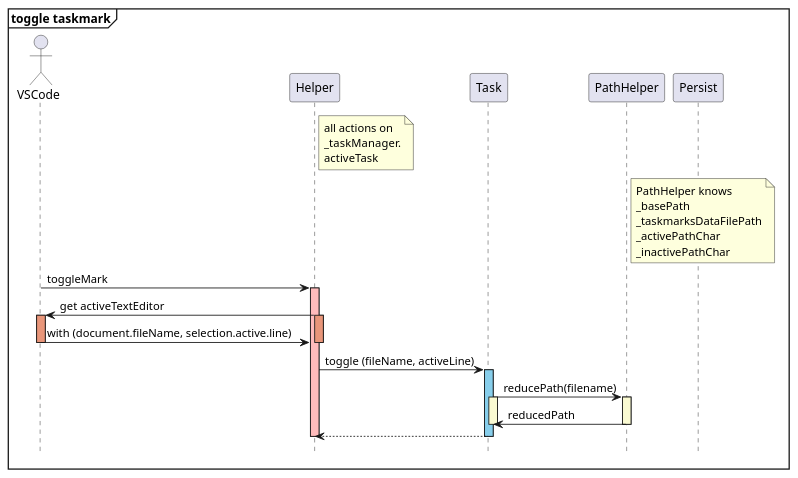
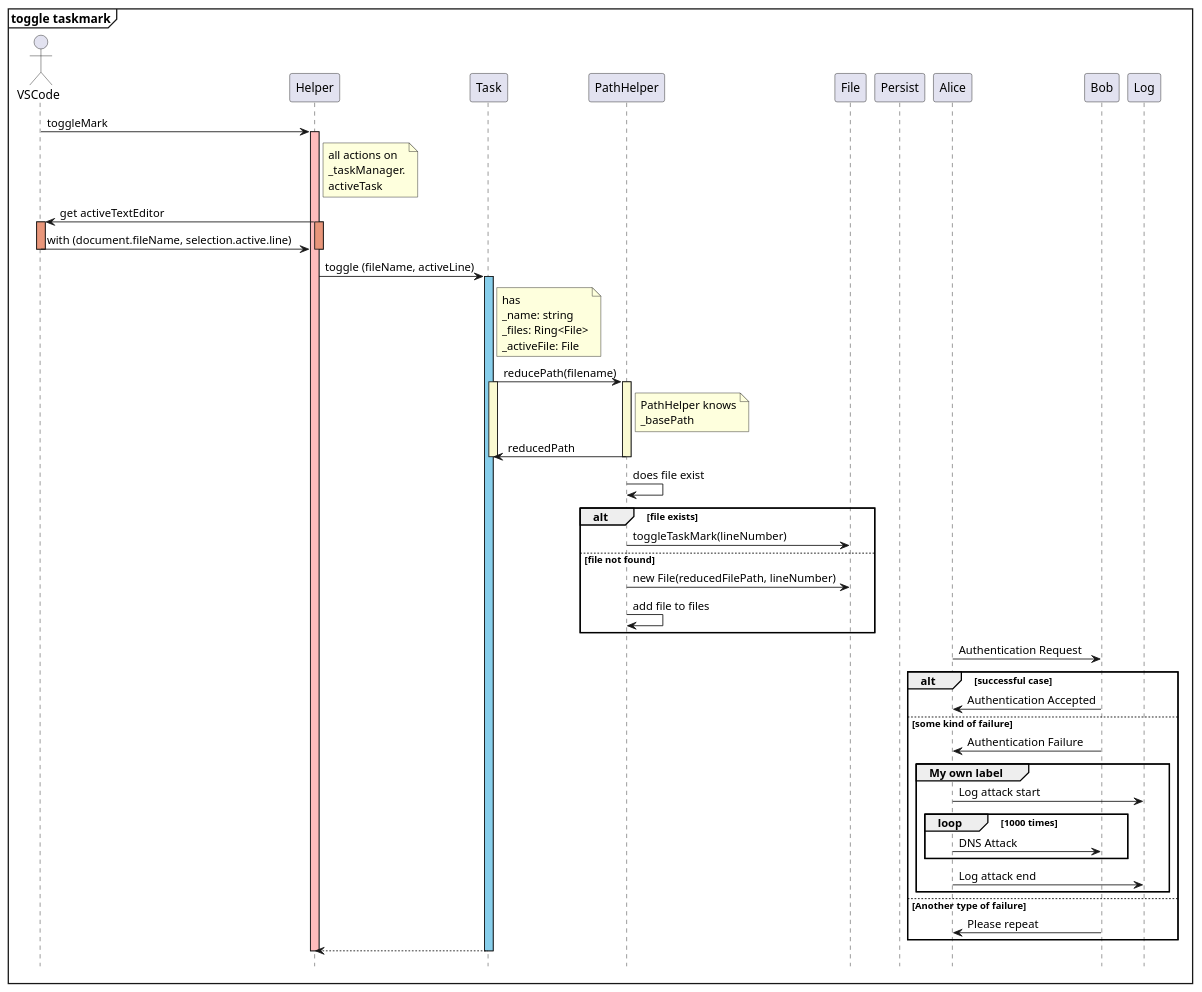
Before and after one commit to norbertK/taskmarks: the diagram in docu/toggleTaskmark.puml, drawn with PlantUML. The commit also changed other lines of this file and 2 other files, not shown here.

```diff
--- a/docu/toggleTaskmark.puml
+++ b/docu/toggleTaskmark.puml
@@ -1,60 +6,101 @@
 @startuml startup
 
 hide footbox
 
 mainframe **toggle taskmark**
 
 actor VSCode
 participant Helper as help
 participant Task as task
 participant PathHelper as ph
+participant File as file
 participant Persist as p
-
-note right of help
-all actions on
-_taskManager.
-activeTask
-end note
-
-note right of ph
-PathHelper knows
-_basePath
-_taskmarksDataFilePath
-_activePathChar
-_inactivePathChar
-end note
 
 VSCode -> help: toggleMark
 activate help #FFBBBB
+
+note right of help
+    all actions on
+    _taskManager.
+    activeTask
+end note
+
 
 help -> VSCode: get activeTextEditor
 activate help #DarkSalmon
 activate VSCode #DarkSalmon
 VSCode -> help: with (document.fileName, selection.active.line)
 deactivate VSCode
 deactivate help
 
 
 help -> task: toggle (fileName, activeLine)
 activate task #SkyBlue
+note right of task
+    has
+    _name: string
+    _files: Ring<File>
+    _activeFile: File
+end note
 
 
 
 task -> ph: reducePath(filename)
 activate task #LightGoldenRodYellow
 activate ph #LightGoldenRodYellow
+
+note right of ph
+    PathHelper knows
+    _basePath
+end note
+
 ph -> task: reducedPath
 deactivate ph
 deactivate task
+
+ph -> ph: does file exist
+
+alt file exists
+ph -> file: toggleTaskMark(lineNumber)
+else file not found
+ph -> file: new File(reducedFilePath, lineNumber)
+ph -> ph: add file to files
+end
+
+
+Alice -> Bob: Authentication Request
+
+alt successful case
+
+    Bob -> Alice: Authentication Accepted
+
+else some kind of failure
+
+    Bob -> Alice: Authentication Failure
+    group My own label
+    Alice -> Log : Log attack start
+        loop 1000 times
+            Alice -> Bob: DNS Attack
+        end
+    Alice -> Log : Log attack end
+    end
+
+else Another type of failure
+
+   Bob -> Alice: Please repeat
+
+end
+
+
 
 
 task --> help
 deactivate task
 
 
 
 deactivate help
 
 
 
 @endjson
```
